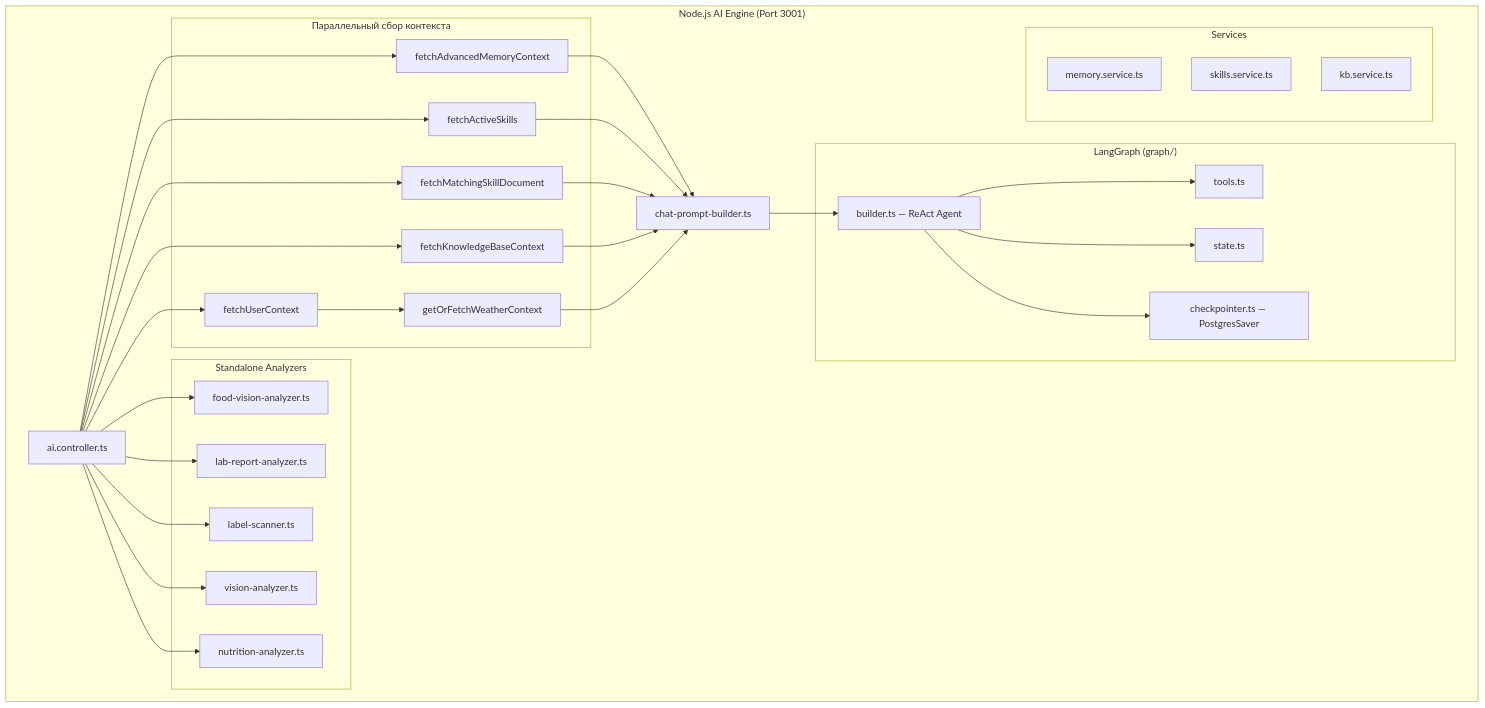
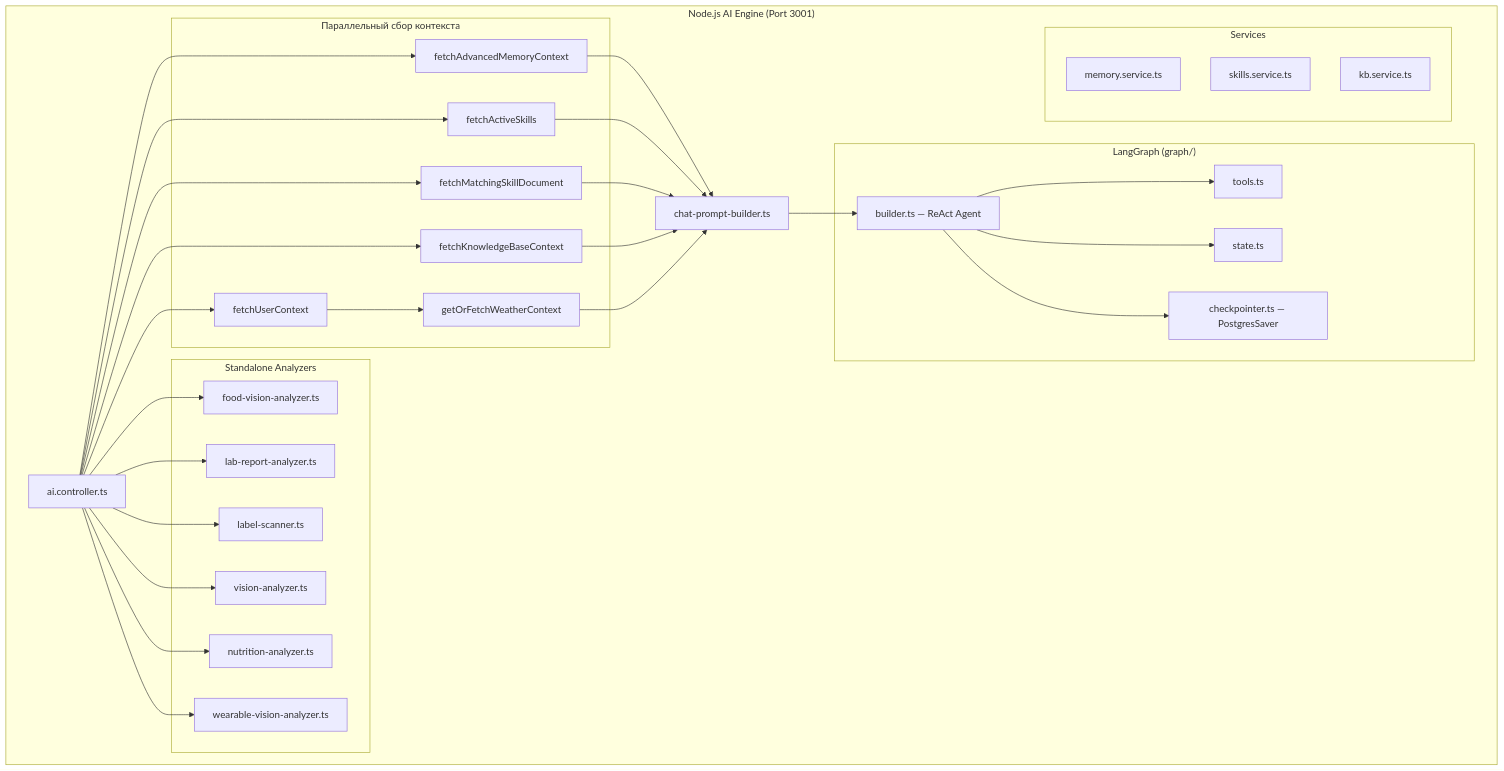
Before and after one commit to S4rikk/vitograph: the first of 2 diagrams in docs/ai_pipeline.md, drawn with Mermaid. The commit also changed other lines of this file and 289 other files, not shown here.

````diff
--- a/docs/ai_pipeline.md
+++ b/docs/ai_pipeline.md
@@ -11,45 +11,46 @@
 ```mermaid
 graph TB
     subgraph "Node.js AI Engine (Port 3001)"
         AC[ai.controller.ts]
 
         subgraph "Параллельный сбор контекста"
             FUC[fetchUserContext]
             FAMC[fetchAdvancedMemoryContext]
             FAS[fetchActiveSkills]
             FMSD[fetchMatchingSkillDocument]
             FKB[fetchKnowledgeBaseContext]
             WS[getOrFetchWeatherContext]
         end
 
         subgraph "LangGraph (graph/)"
             B[builder.ts — ReAct Agent]
             S[state.ts]
             T[tools.ts]
             CP[checkpointer.ts — PostgresSaver]
         end
 
         subgraph "Standalone Analyzers"
             FVA[food-vision-analyzer.ts]
             LRA[lab-report-analyzer.ts]
             LS[label-scanner.ts]
             VA[vision-analyzer.ts]
             NA[nutrition-analyzer.ts]
+            WVA[wearable-vision-analyzer.ts]
         end
 
         subgraph "Services"
             MEM[memory.service.ts]
             SKL[skills.service.ts]
             KB[kb.service.ts]
         end
 
         CPB[chat-prompt-builder.ts]
     end
 
     AC --> FUC & FAMC & FAS & FMSD & FKB
     FUC --> WS
     FAMC & FAS & FMSD & FKB & WS --> CPB
     CPB --> B
     B --> T & S & CP
-    AC --> FVA & LRA & LS & VA & NA
+    AC --> FVA & LRA & LS & VA & NA & WVA
 ```
````
